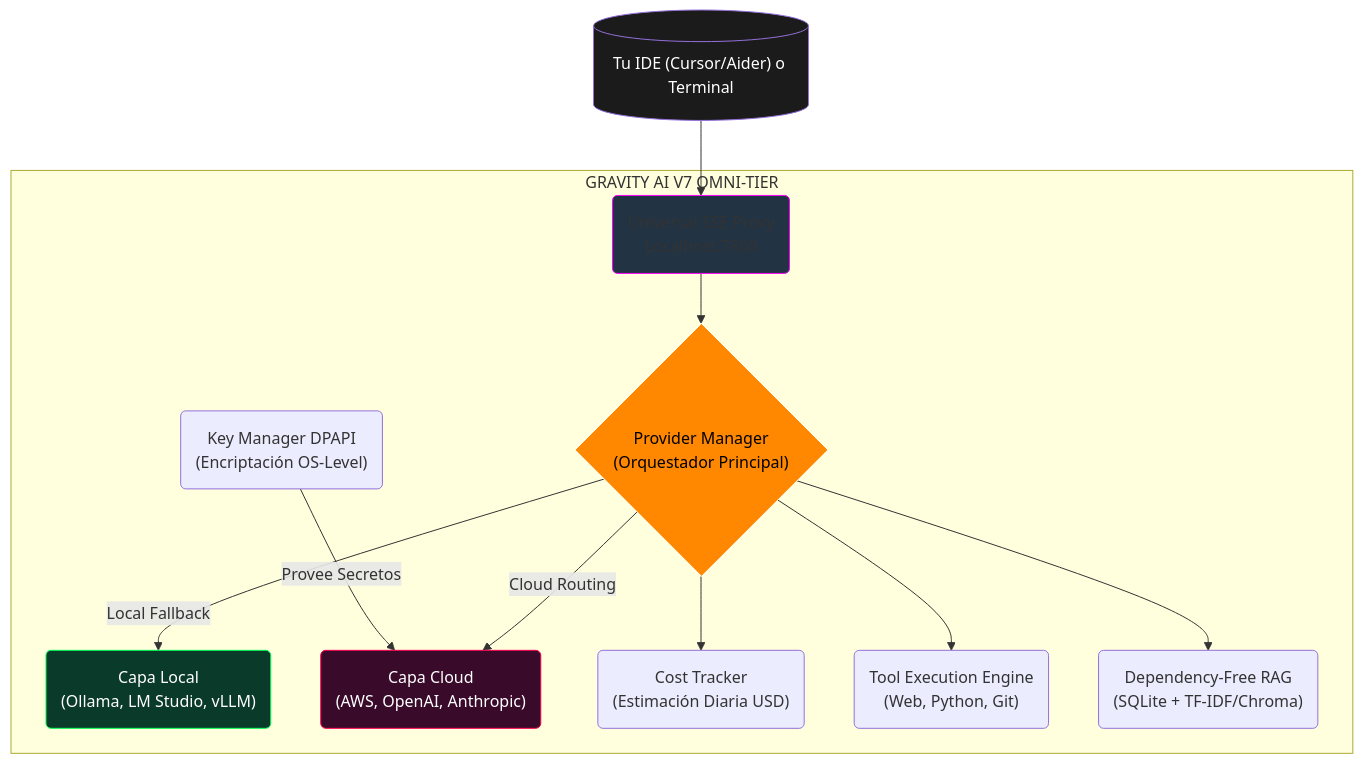
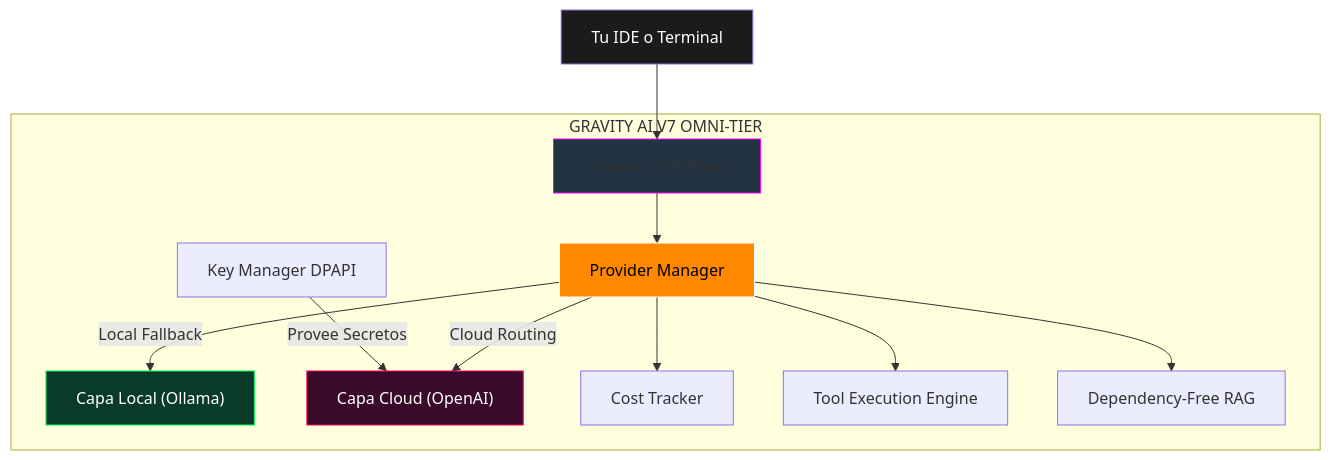
The diagram in README.md (DarckRovert/Gravity_AI_bridge), drawn with Mermaid before and after one commit.

Commit message:
fix(docs): Simplificación estricta de variables en sintaxis Mermaid para soporte completo sobre el renderizador GitHub

````diff
--- a/README.md
+++ b/README.md
@@ -33,24 +33,24 @@
 ```mermaid
 graph TD;
-    U[("Tu IDE (Cursor/Aider) o Terminal")] --> server("Universal SSE Proxy<br>Localhost:7860");
+    U["Tu IDE o Terminal"] --> server["Universal SSE Proxy"]
     
-    subgraph "GRAVITY AI V7 OMNI-TIER"
-        server --> PM{"Provider Manager<br>(Orquestador Principal)"};
+    subgraph GRAVITY_AI["GRAVITY AI V7 OMNI-TIER"]
+        server --> PM["Provider Manager"]
         
-        PM -->|Local Fallback| localNode("Capa Local<br>(Ollama, LM Studio, vLLM)");
-        PM -->|Cloud Routing| cloudNode("Capa Cloud<br>(AWS, OpenAI, Anthropic)");
+        PM -->|Local Fallback| localNode["Capa Local (Ollama)"]
+        PM -->|Cloud Routing| cloudNode["Capa Cloud (OpenAI)"]
         
-        PM --> cost("Cost Tracker<br>(Estimación Diaria USD)");
+        PM --> cost["Cost Tracker"]
         
-        KM("Key Manager DPAPI<br>(Encriptación OS-Level)") -->|Provee Secretos| cloudNode;
+        KM["Key Manager DPAPI"] -->|Provee Secretos| cloudNode
         
-        PM --> tools("Tool Execution Engine<br>(Web, Python, Git)");
-        PM --> rag("Dependency-Free RAG<br>(SQLite + TF-IDF/Chroma)");
+        PM --> tools["Tool Execution Engine"]
+        PM --> rag["Dependency-Free RAG"]
     end
     
     style U fill:#1b1b1b,stroke:#0ffff,color:#fff
     style server fill:#223344,stroke:#ff00ff
     style PM fill:#ff8800,stroke:#ffffff,color:#000
     style localNode fill:#0a3a2a,stroke:#00ff55,color:#fff
     style cloudNode fill:#3a0a2a,stroke:#ff0055,color:#fff
 ```
````
